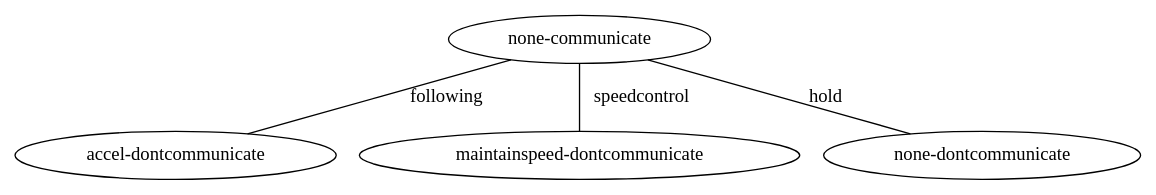
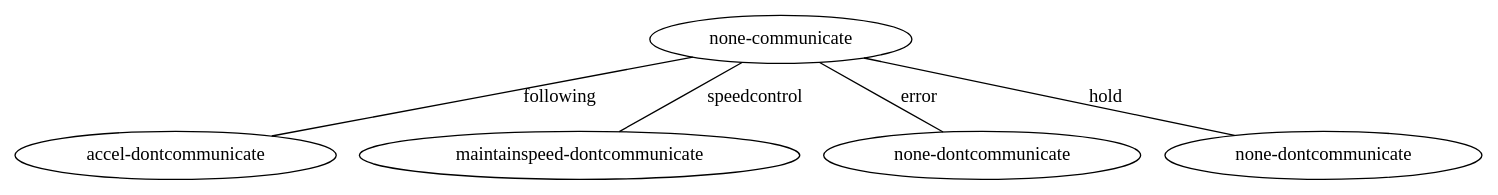
Before and after one commit to AlyssaLytle/DecPOMDP_Suite: the diagram in MADPtools/mtree.dot, drawn with Graphviz. The commit also changed 36 other files, not shown here.

```diff
--- a/MADPtools/mtree.dot
+++ b/MADPtools/mtree.dot
@@ -1,10 +1,12 @@
 digraph machine_tree {
 edge [dir=none];
 node0 [ label = "none-communicate" ];
 node1 [ label = "accel-dontcommunicate" ];
 node2 [ label = "maintainspeed-dontcommunicate" ];
 node3 [ label = "none-dontcommunicate" ];
+node4 [ label = "none-dontcommunicate" ];
 node0 -> node1 [label="following"];
 node0 -> node2 [label="speedcontrol"];
-node0 -> node3 [label="hold"];
+node0 -> node3 [label="error"];
+node0 -> node4 [label="hold"];
 }
```
